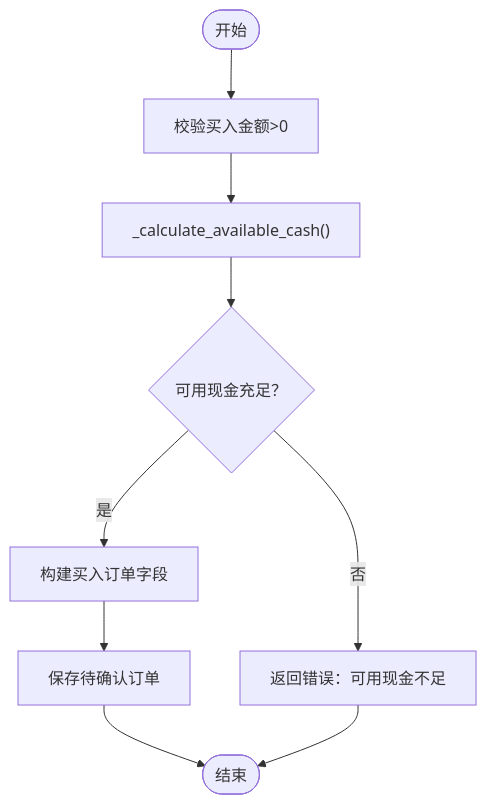
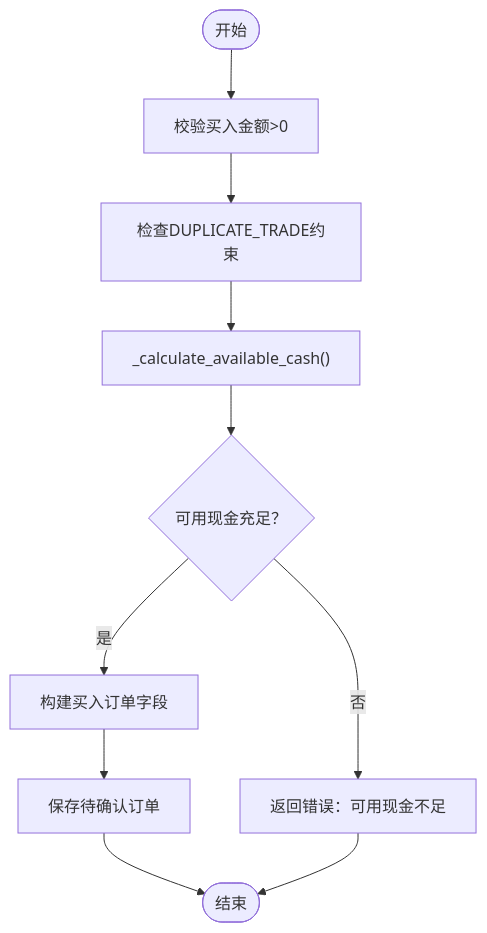
One commit to gujialind/InvestRing changed the tenth of 16 diagrams in .qoder/repowiki/zh/content/核心业务功能/交易处理.md. Above: the diagram before and after it, drawn with Mermaid. The commit also changed other lines of this file and 15 other files, not shown here.

````diff
--- a/.qoder/repowiki/zh/content/核心业务功能/交易处理.md
+++ b/.qoder/repowiki/zh/content/核心业务功能/交易处理.md
@@ -463,11 +485,12 @@
 ```mermaid
 flowchart TD
 Start(["开始"]) --> CheckAmt["校验买入金额>0"]
-CheckAmt --> CashCalc["_calculate_available_cash()"]
+CheckAmt --> CheckDuplicate["检查DUPLICATE_TRADE约束"]
+CheckDuplicate --> CashCalc["_calculate_available_cash()"]
 CashCalc --> Enough{"可用现金充足？"}
 Enough --> |否| Err["返回错误：可用现金不足"]
 Enough --> |是| Build["构建买入订单字段"]
 Build --> Save["保存待确认订单"]
 Save --> End(["结束"])
 Err --> End
 ```
````
